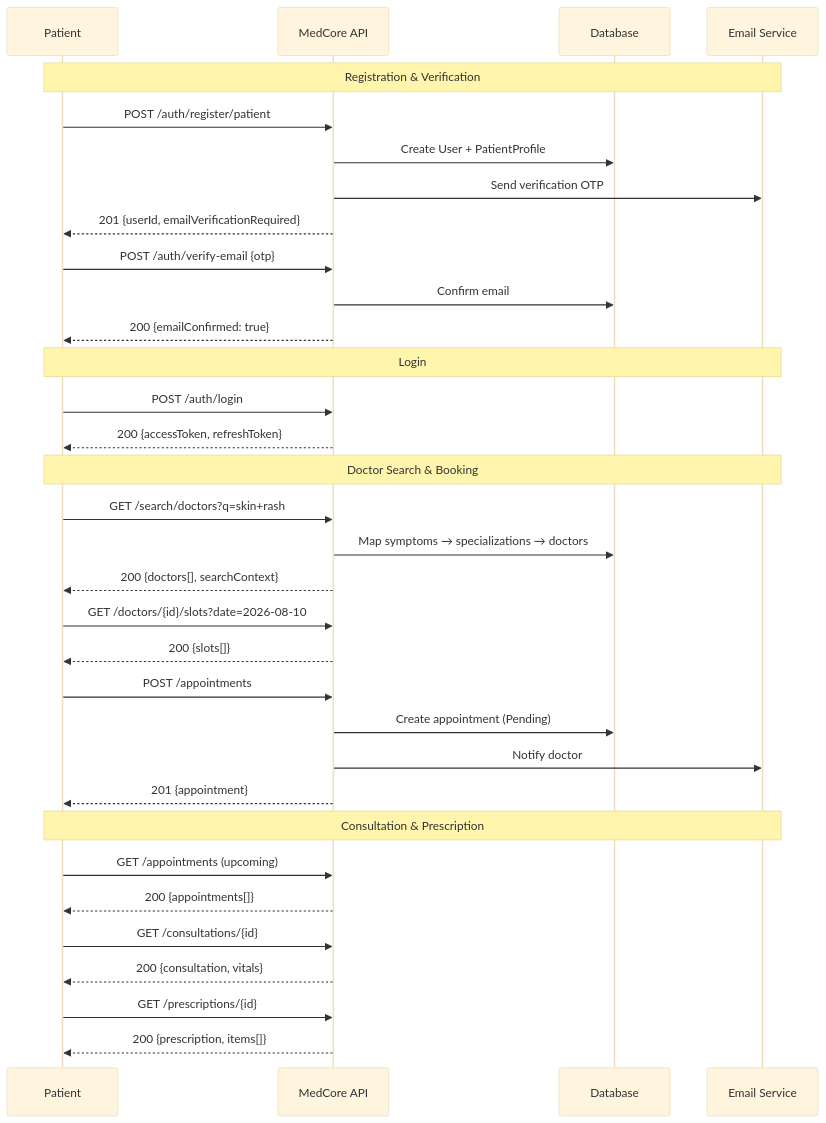
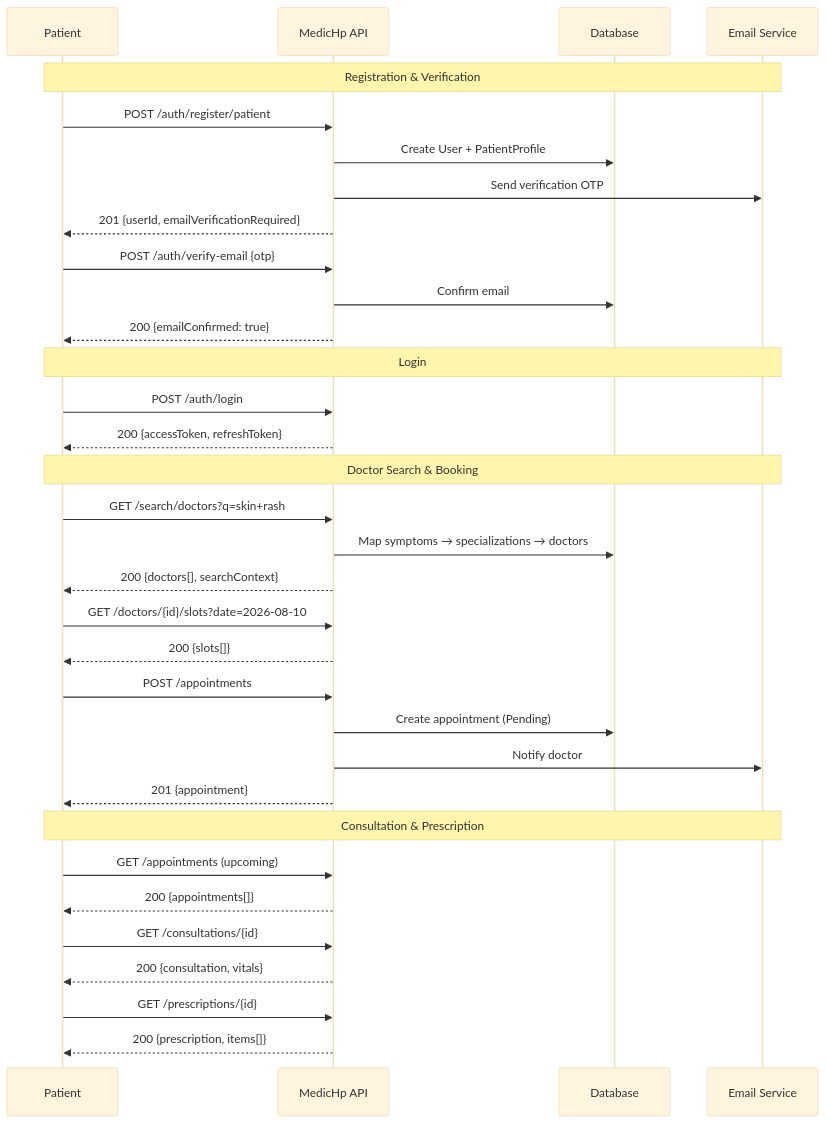
Before and after one commit to Mehboob-Ahmad/MedCore: the second of 4 diagrams in docs/Specifications/API_SPECIFICATION.md, drawn with Mermaid (base theme). The commit also changed other lines of this file and 703 other files, not shown here.

````diff
--- a/docs/Specifications/API_SPECIFICATION.md
+++ b/docs/Specifications/API_SPECIFICATION.md
@@ -2473,39 +2473,39 @@
 ```mermaid
 sequenceDiagram
     participant P as Patient
-    participant API as MedCore API
+    participant API as MedicHp API
     participant DB as Database
     participant E as Email Service
 
     Note over P,E: Registration & Verification
     P->>API: POST /auth/register/patient
     API->>DB: Create User + PatientProfile
     API->>E: Send verification OTP
     API-->>P: 201 {userId, emailVerificationRequired}
     P->>API: POST /auth/verify-email {otp}
     API->>DB: Confirm email
     API-->>P: 200 {emailConfirmed: true}
 
     Note over P,E: Login
     P->>API: POST /auth/login
     API-->>P: 200 {accessToken, refreshToken}
 
     Note over P,E: Doctor Search & Booking
     P->>API: GET /search/doctors?q=skin+rash
     API->>DB: Map symptoms → specializations → doctors
     API-->>P: 200 {doctors[], searchContext}
     P->>API: GET /doctors/{id}/slots?date=2026-08-10
     API-->>P: 200 {slots[]}
     P->>API: POST /appointments
     API->>DB: Create appointment (Pending)
     API->>E: Notify doctor
     API-->>P: 201 {appointment}
 
     Note over P,E: Consultation & Prescription
     P->>API: GET /appointments (upcoming)
     API-->>P: 200 {appointments[]}
     P->>API: GET /consultations/{id}
     API-->>P: 200 {consultation, vitals}
     P->>API: GET /prescriptions/{id}
     API-->>P: 200 {prescription, items[]}
 ```
````
